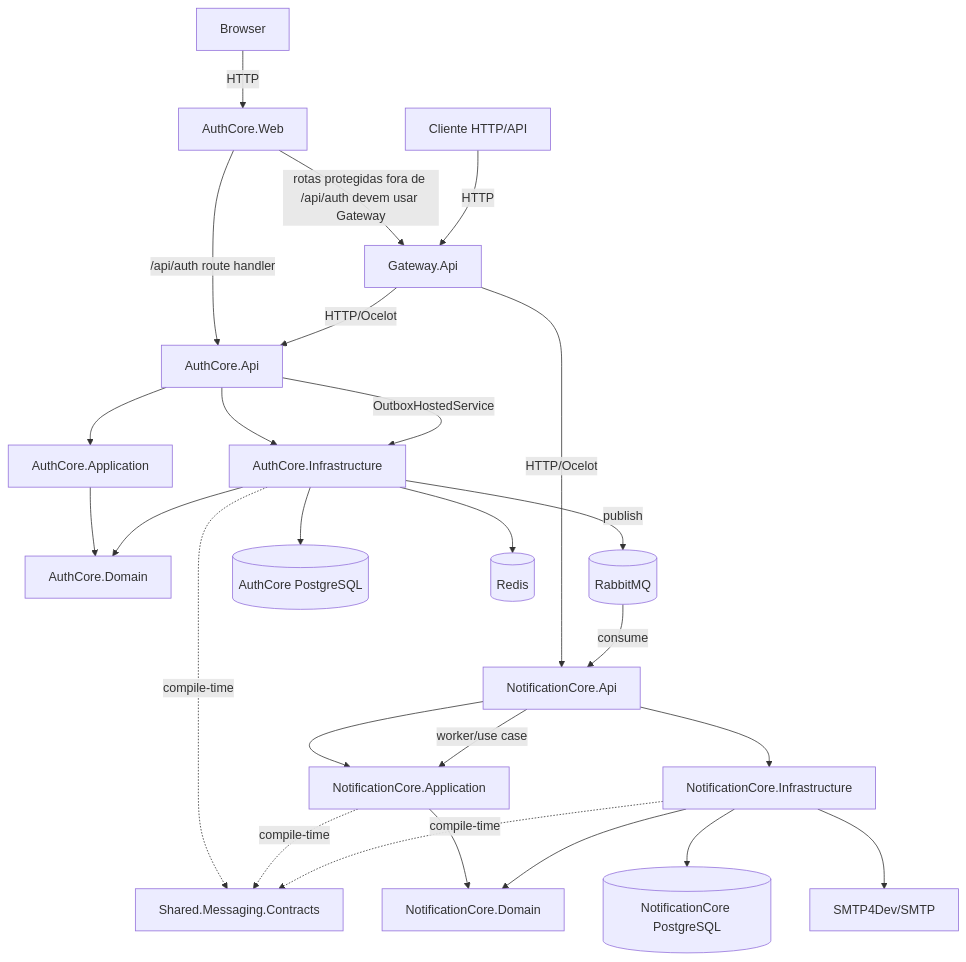
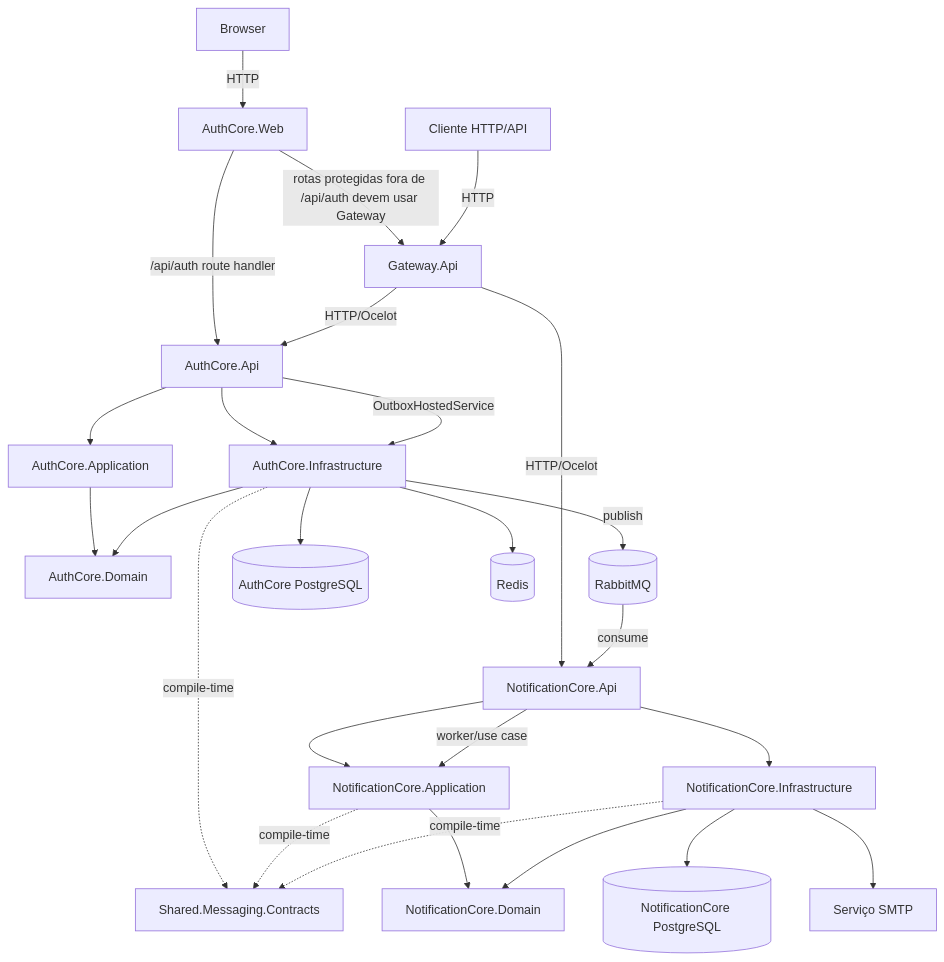
One commit to brunopsouz/auth-core-microservices changed the diagram in README.md. Above: the diagram before and after it, drawn with Mermaid. The commit also changed other lines of this file and 31 other files, not shown here.

````diff
--- a/README.md
+++ b/README.md
@@ -89,34 +89,34 @@
 ```mermaid
 flowchart TD
     Browser[Browser] -->|HTTP| Web[AuthCore.Web]
     Web -->|/api/auth route handler| AuthApi
     Web -->|rotas protegidas fora de /api/auth devem usar Gateway| Gateway
     Client[Cliente HTTP/API] -->|HTTP| Gateway[Gateway.Api]
     Gateway -->|HTTP/Ocelot| AuthApi[AuthCore.Api]
     Gateway -->|HTTP/Ocelot| NotificationApi[NotificationCore.Api]
 
     AuthApi --> AuthApplication[AuthCore.Application]
     AuthApi --> AuthInfrastructure[AuthCore.Infrastructure]
     AuthApplication --> AuthDomain[AuthCore.Domain]
     AuthInfrastructure --> AuthDomain
 
     NotificationApi --> NotificationApplication[NotificationCore.Application]
     NotificationApi --> NotificationInfrastructure[NotificationCore.Infrastructure]
     NotificationApplication --> NotificationDomain[NotificationCore.Domain]
     NotificationInfrastructure --> NotificationDomain
 
     AuthInfrastructure -. compile-time .-> Contracts[Shared.Messaging.Contracts]
     NotificationApplication -. compile-time .-> Contracts
     NotificationInfrastructure -. compile-time .-> Contracts
 
     AuthApi -->|OutboxHostedService| AuthInfrastructure
     AuthInfrastructure -->|publish| RabbitMQ[(RabbitMQ)]
     RabbitMQ -->|consume| NotificationApi
     NotificationApi -->|worker/use case| NotificationApplication
 
     AuthInfrastructure --> AuthPostgres[(AuthCore PostgreSQL)]
     AuthInfrastructure --> Redis[(Redis)]
 
     NotificationInfrastructure --> NotificationPostgres[(NotificationCore PostgreSQL)]
-    NotificationInfrastructure --> SMTP[SMTP4Dev/SMTP]
+    NotificationInfrastructure --> SMTP[Serviço SMTP]
 ```
````
